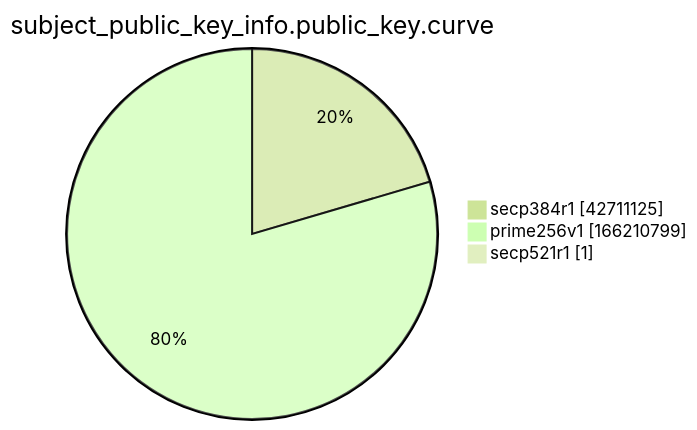
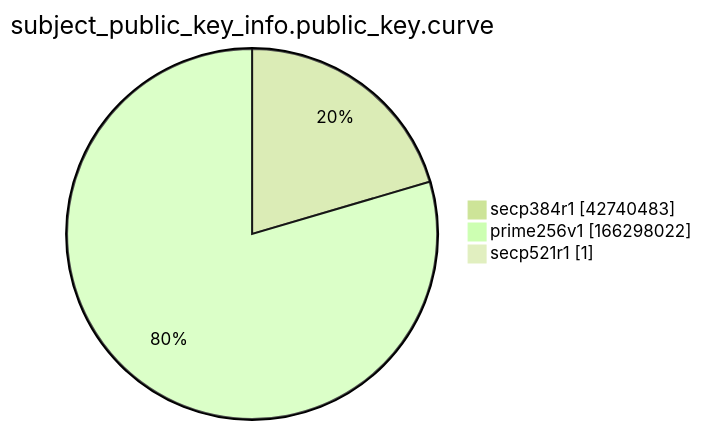
Before and after one commit to christiankrug/ctmonitor_visualization: the ninth of 15 diagrams in xenon2022/README.md, drawn with Mermaid (forest theme). The commit also changed other lines of this file, not shown here.

````diff
--- a/xenon2022/README.md
+++ b/xenon2022/README.md
@@ -2869,7 +2869,7 @@
 ```mermaid
 pie showData
 title subject_public_key_info.public_key.curve
-"secp384r1" :42711125
-"prime256v1" :166210799
+"secp384r1" :42740483
+"prime256v1" :166298022
 "secp521r1" :1
 ```
````
